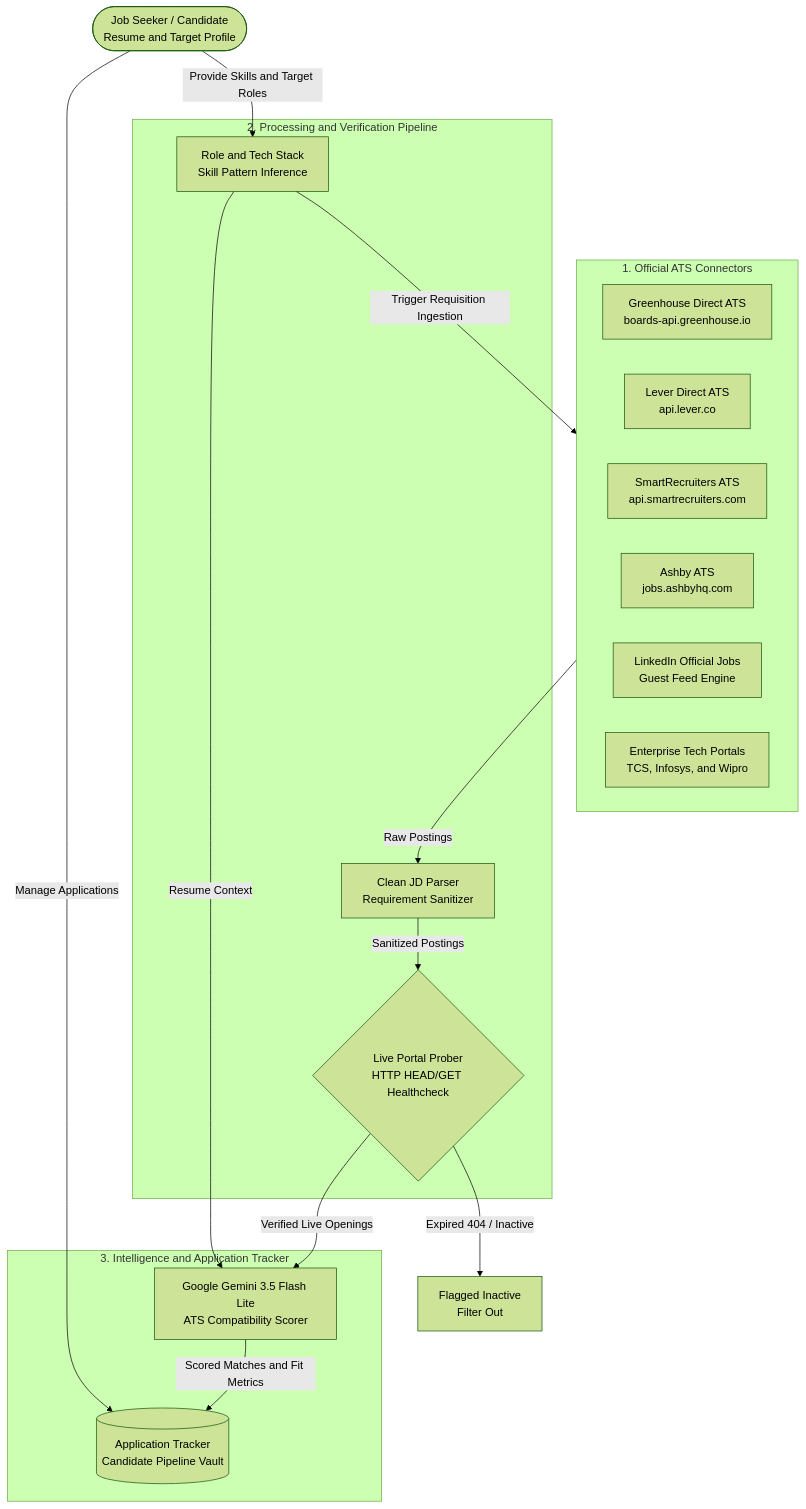
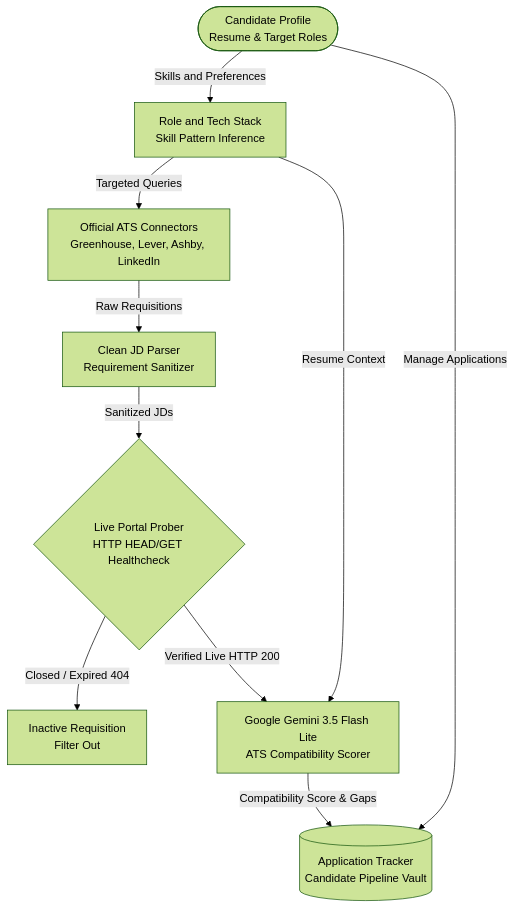
One commit to TusharSaini999/Resume-Saathi changed the first of 3 diagrams in Docs/CAREER_OPENINGS_AND_ATS_FEATURE_GUIDE.md. Above: the diagram before and after it, drawn with Mermaid (forest theme). The commit also changed other lines of this file and 4 other files, not shown here.

Commit message:
docs: remove nested subgraphs and composite boxes for clean, sleek architecture flowcharts

````diff
--- a/Docs/CAREER_OPENINGS_AND_ATS_FEATURE_GUIDE.md
+++ b/Docs/CAREER_OPENINGS_AND_ATS_FEATURE_GUIDE.md
@@ -11,34 +11,21 @@
 ```mermaid
 flowchart TD
-  Candidate(["Job Seeker / Candidate<br/>Resume and Target Profile"])
+  Candidate(["Candidate Profile<br/>Resume & Target Roles"])
+  Infer["Role and Tech Stack<br/>Skill Pattern Inference"]
+  ATS_Engines["Official ATS Connectors<br/>Greenhouse, Lever, Ashby, LinkedIn"]
+  Parser["Clean JD Parser<br/>Requirement Sanitizer"]
+  Probe{"Live Portal Prober<br/>HTTP HEAD/GET Healthcheck"}
+  Drop["Inactive Requisition<br/>Filter Out"]
+  AI["Google Gemini 3.5 Flash Lite<br/>ATS Compatibility Scorer"]
+  Tracker[("Application Tracker<br/>Candidate Pipeline Vault")]
 
-  subgraph Crawlers ["1. Official ATS Connectors"]
-    GH["Greenhouse Direct ATS<br/>boards-api.greenhouse.io"]
-    LV["Lever Direct ATS<br/>api.lever.co"]
-    SR["SmartRecruiters ATS<br/>api.smartrecruiters.com"]
-    ASH["Ashby ATS<br/>jobs.ashbyhq.com"]
-    LI["LinkedIn Official Jobs<br/>Guest Feed Engine"]
-    TCS["Enterprise Tech Portals<br/>TCS, Infosys, and Wipro"]
-  end
-
-  subgraph Engine ["2. Processing and Verification Pipeline"]
-    Infer["Role and Tech Stack<br/>Skill Pattern Inference"]
-    Parser["Clean JD Parser<br/>Requirement Sanitizer"]
-    Probe{"Live Portal Prober<br/>HTTP HEAD/GET Healthcheck"}
-  end
-
-  subgraph Intelligence ["3. Intelligence and Application Tracker"]
-    AI["Google Gemini 3.5 Flash Lite<br/>ATS Compatibility Scorer"]
-    Tracker[("Application Tracker<br/>Candidate Pipeline Vault")]
-  end
-
-  Candidate -->|Provide Skills and Target Roles| Infer
-  Infer -->|Trigger Requisition Ingestion| Crawlers
-  Crawlers -->|Raw Postings| Parser
-  Parser -->|Sanitized Postings| Probe
-  Probe -->|Verified Live Openings| AI
-  Probe -->|Expired 404 / Inactive| Dead["Flagged Inactive<br/>Filter Out"]
+  Candidate -->|Skills and Preferences| Infer
+  Infer -->|Targeted Queries| ATS_Engines
+  ATS_Engines -->|Raw Requisitions| Parser
+  Parser -->|Sanitized JDs| Probe
+  Probe -->|Verified Live HTTP 200| AI
+  Probe -->|Closed / Expired 404| Drop
   Infer -->|Resume Context| AI
-  AI -->|Scored Matches and Fit Metrics| Tracker
+  AI -->|Compatibility Score & Gaps| Tracker
   Candidate -->|Manage Applications| Tracker
 ```
````
